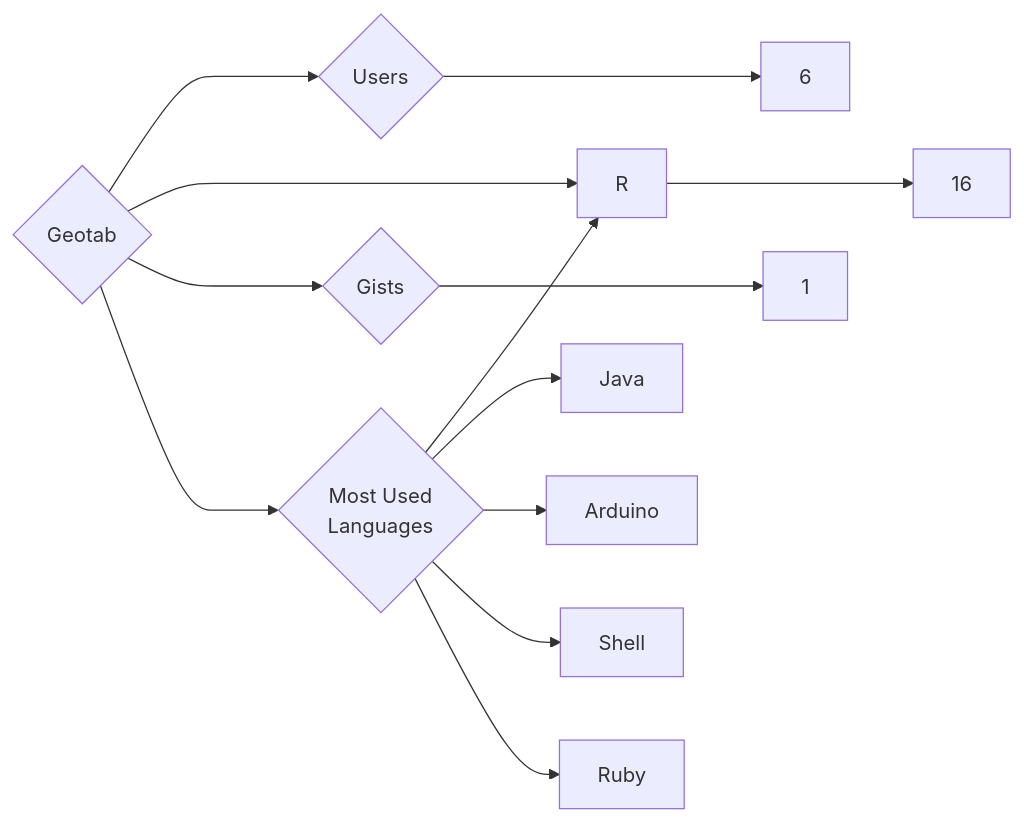
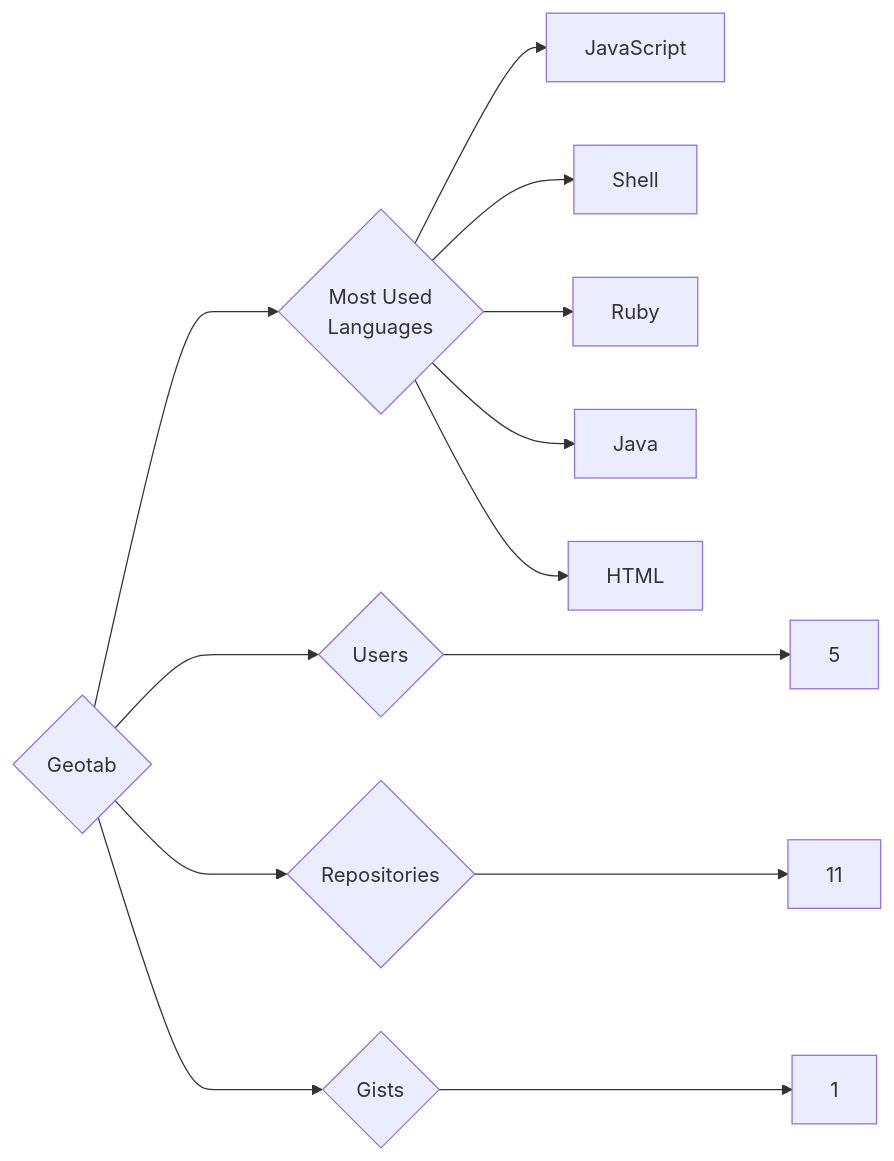
One commit to trickest/insiders changed the diagram in targets/Geotab/README.md. Above: the diagram before and after it, drawn with Mermaid. The commit also changed 859 other files, not shown here.

````diff
--- a/targets/Geotab/README.md
+++ b/targets/Geotab/README.md
@@ -3,13 +3,13 @@
 ```mermaid
 graph LR
 COMPANY_NAME{Geotab}
-COMPANY_NAME ---> U{Users} ---> UN[6]
-COMPANY_NAME ---> R{Repositories} ---> RN[16]
+COMPANY_NAME ---> U{Users} ---> UN[5]
+COMPANY_NAME ---> R{Repositories} ---> RN[11]
 COMPANY_NAME ---> G{Gists} ---> GN[1]
 COMPANY_NAME ---> ML{Most Used<br>Languages}
-ML --> R[R]
-ML --> Java[Java]
-ML --> Arduino[Arduino]
+ML --> JavaScript[JavaScript]
 ML --> Shell[Shell]
 ML --> Ruby[Ruby]
+ML --> Java[Java]
+ML --> HTML[HTML]
 ```
````
